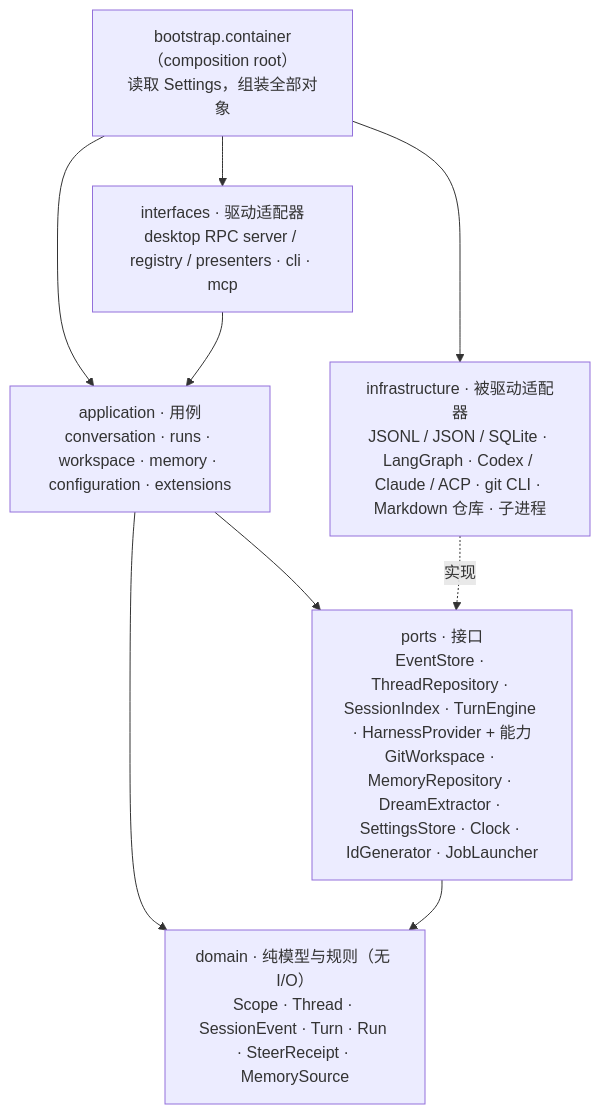
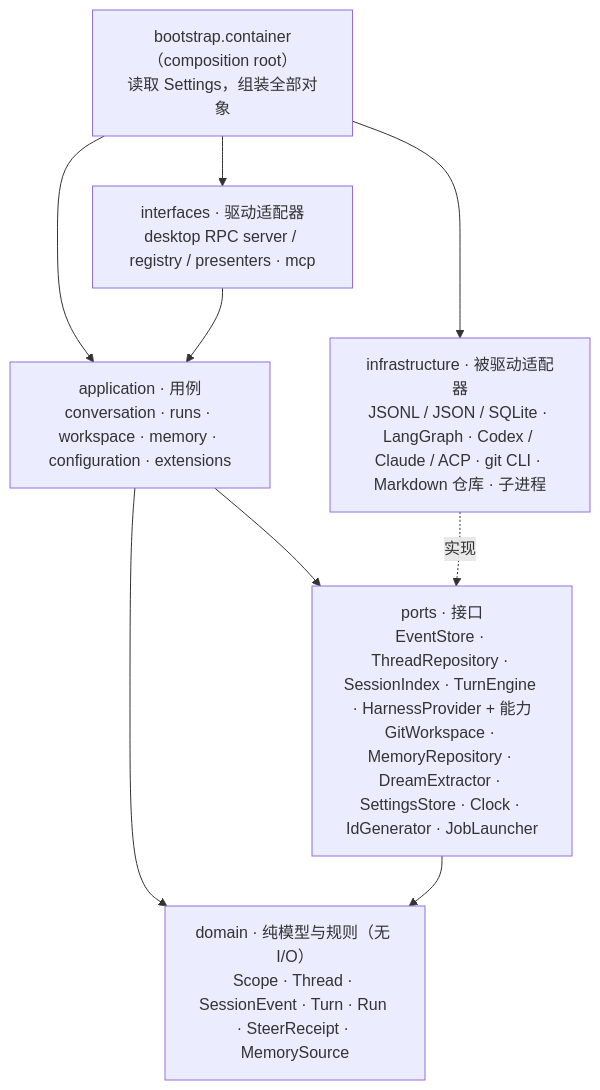
One commit to StDoses72/Cleo-AI-agent changed the third of 18 diagrams in docs/refactor/BACKEND_ARCHITECTURE_V2.md. Above: the diagram before and after it, drawn with Mermaid. The commit also changed other lines of this file and 62 other files, not shown here.

First line of the commit message:
Remove the terminal CLI and serve the backend only to the desktop app

````diff
--- a/docs/refactor/BACKEND_ARCHITECTURE_V2.md
+++ b/docs/refactor/BACKEND_ARCHITECTURE_V2.md
@@ -124,18 +121,18 @@
 ```mermaid
 flowchart TB
     boot["bootstrap.container（composition root）<br/>读取 Settings，组装全部对象"]
-    ifc["interfaces · 驱动适配器<br/>desktop RPC server / registry / presenters · cli · mcp"]
+    ifc["interfaces · 驱动适配器<br/>desktop RPC server / registry / presenters · mcp"]
     app["application · 用例<br/>conversation · runs · workspace · memory · configuration · extensions"]
     dom["domain · 纯模型与规则（无 I/O）<br/>Scope · Thread · SessionEvent · Turn · Run · SteerReceipt · MemorySource"]
     prt["ports · 接口<br/>EventStore · ThreadRepository · SessionIndex · TurnEngine · HarnessProvider + 能力<br/>GitWorkspace · MemoryRepository · DreamExtractor · SettingsStore · Clock · IdGenerator · JobLauncher"]
     inf["infrastructure · 被驱动适配器<br/>JSONL / JSON / SQLite · LangGraph · Codex / Claude / ACP · git CLI · Markdown 仓库 · 子进程"]
 
     boot --> ifc
     boot --> app
     boot --> inf
     ifc --> app
     app --> dom
     app --> prt
     prt --> dom
     inf -. 实现 .-> prt
 ```
````
